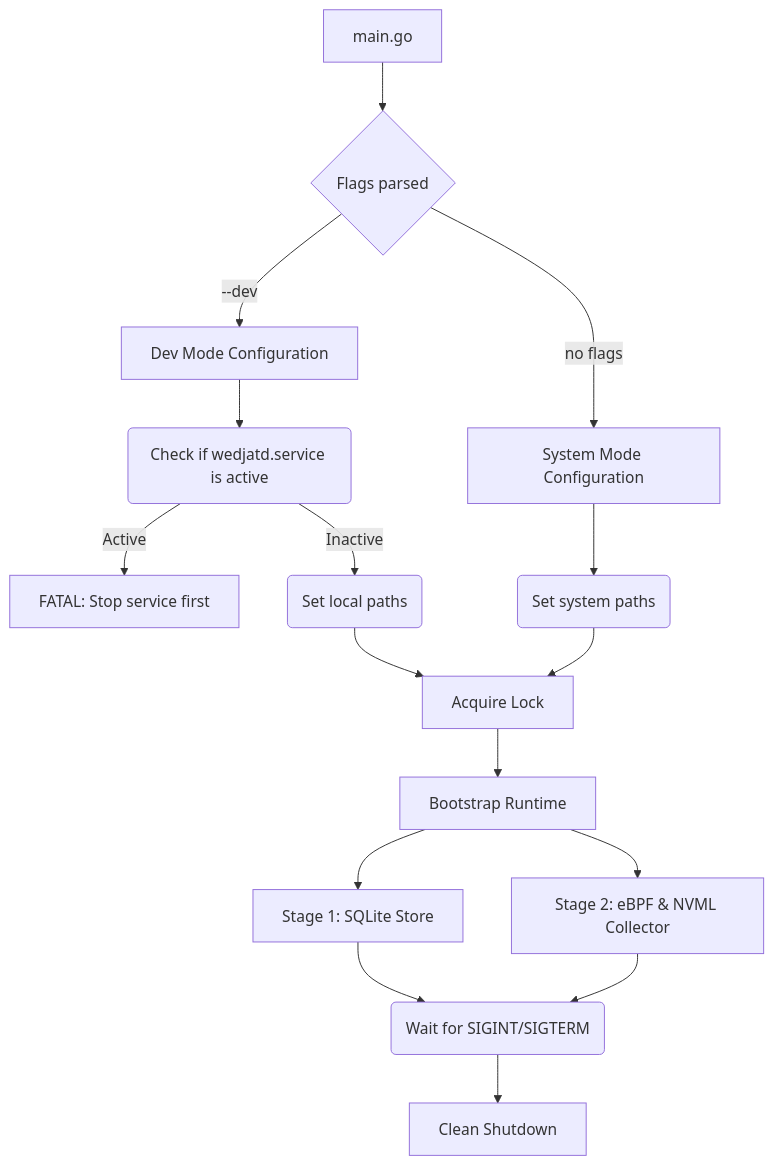
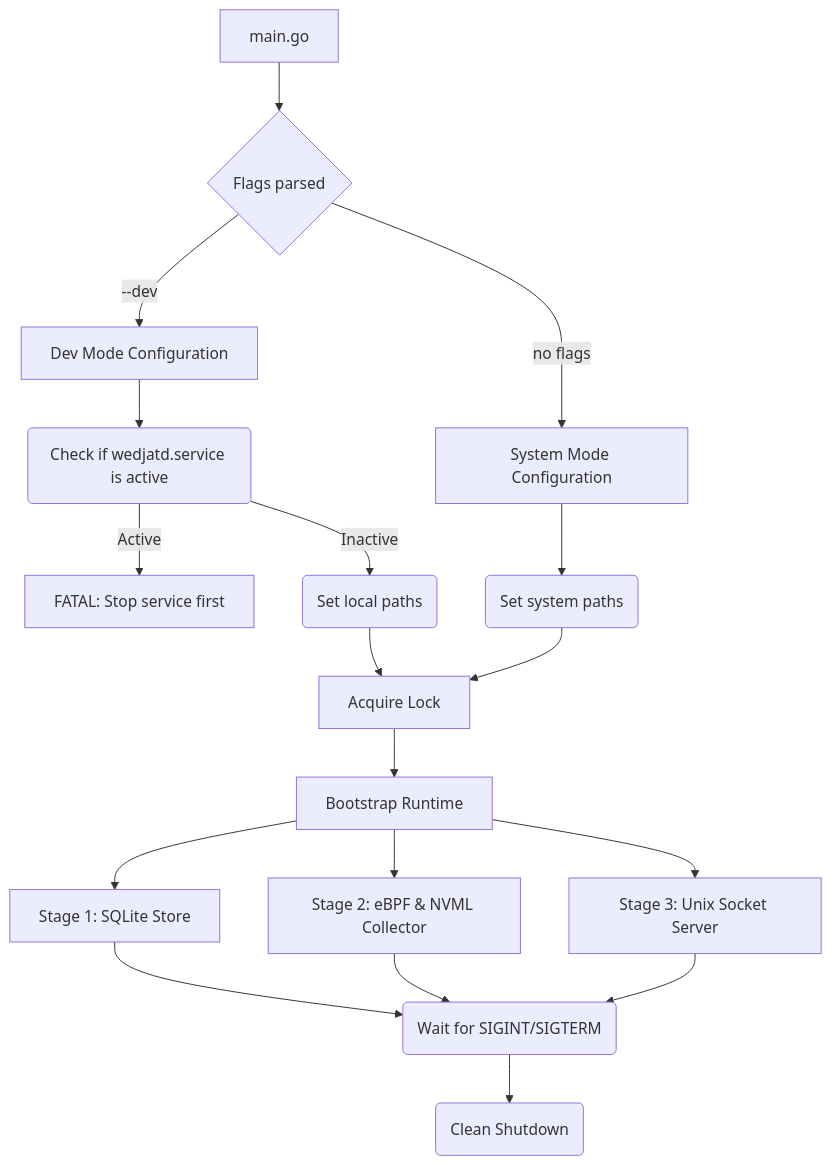
Before and after one commit to Ebraam-Ashraf/wedjat: the diagram in docs/arch/daemon.md, drawn with Mermaid. The commit also changed other lines of this file and 24 other files, not shown here.

````diff
--- a/docs/arch/daemon.md
+++ b/docs/arch/daemon.md
@@ -7,24 +7,26 @@
 ```mermaid
 graph TD
     A[main.go] --> B{Flags parsed}
     B -- "--dev" --> C[Dev Mode Configuration]
     B -- no flags --> D[System Mode Configuration]
     
     C --> C1(Check if wedjatd.service is active)
     C1 -- Active --> E[FATAL: Stop service first]
     C1 -- Inactive --> F(Set local paths)
     
     D --> G(Set system paths)
     
     F --> H[Acquire Lock]
     G --> H
     H --> I[Bootstrap Runtime]
     
     I --> J[Stage 1: SQLite Store]
     I --> K[Stage 2: eBPF & NVML Collector]
+    I --> L[Stage 3: Unix Socket Server]
     
-    J --> L(Wait for SIGINT/SIGTERM)
-    K --> L
+    J --> M(Wait for SIGINT/SIGTERM)
+    K --> M
+    L --> M
     
-    L --> M[Clean Shutdown]
+    M --> N(Clean Shutdown)
 ```
````
